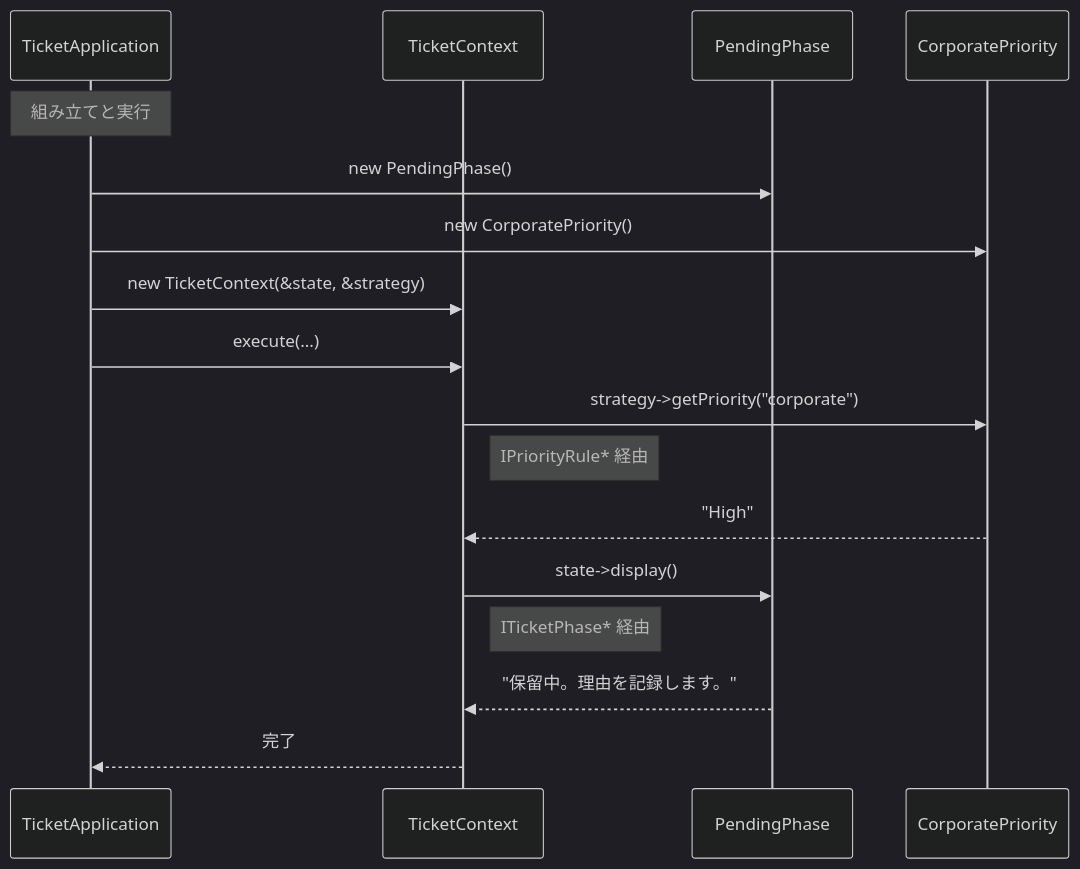
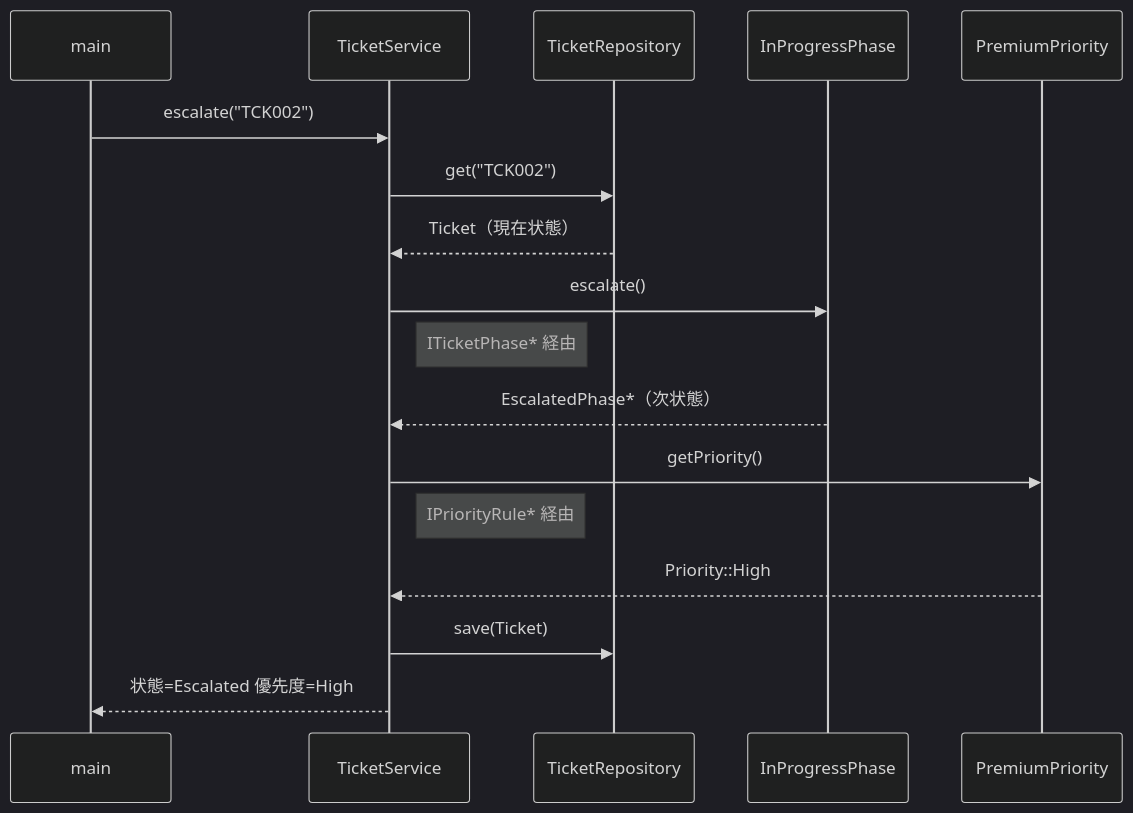
One commit to kumachan1101-pixel/DesignPattern changed diagram 11 of 15 in kindle/design-patterns/output/chapter09_2.md. Above: the diagram before and after it, drawn with Mermaid (dark theme). The commit also changed other lines of this file and 2 other files, not shown here.

First line of the commit message:
第9章: チケット実体化＋Escalated状態新設＋TicketService設計へ整合

````diff
--- a/kindle/design-patterns/output/chapter09_2.md
+++ b/kindle/design-patterns/output/chapter09_2.md
@@ -1363,19 +1520,19 @@
 ```mermaid
 sequenceDiagram
-    participant App as TicketApplication
-    participant TM as TicketContext
-    participant PS as PendingPhase
-    participant CP as CorporatePriority
-    Note over App: 組み立てと実行
-    App->>PS: new PendingPhase()
-    App->>CP: new CorporatePriority()
-    App->>TM: new TicketContext(&state, &strategy)
-    App->>TM: execute(...)
-    TM->>CP: strategy->getPriority("corporate")
-    Note right of TM: IPriorityRule* 経由
-    CP-->>TM: "High"
-    TM->>PS: state->display()
-    Note right of TM: ITicketPhase* 経由
-    PS-->>TM: "保留中。理由を記録します。"
-    TM-->>App: 完了
+    participant Main as main
+    participant Svc as TicketService
+    participant Repo as TicketRepository
+    participant Ph as InProgressPhase
+    participant Rule as PremiumPriority
+    Main->>Svc: escalate("TCK002")
+    Svc->>Repo: get("TCK002")
+    Repo-->>Svc: Ticket（現在状態）
+    Svc->>Ph: escalate()
+    Note right of Svc: ITicketPhase* 経由
+    Ph-->>Svc: EscalatedPhase*（次状態）
+    Svc->>Rule: getPriority()
+    Note right of Svc: IPriorityRule* 経由
+    Rule-->>Svc: Priority::High
+    Svc->>Repo: save(Ticket)
+    Svc-->>Main: 状態=Escalated 優先度=High
 ```
````
